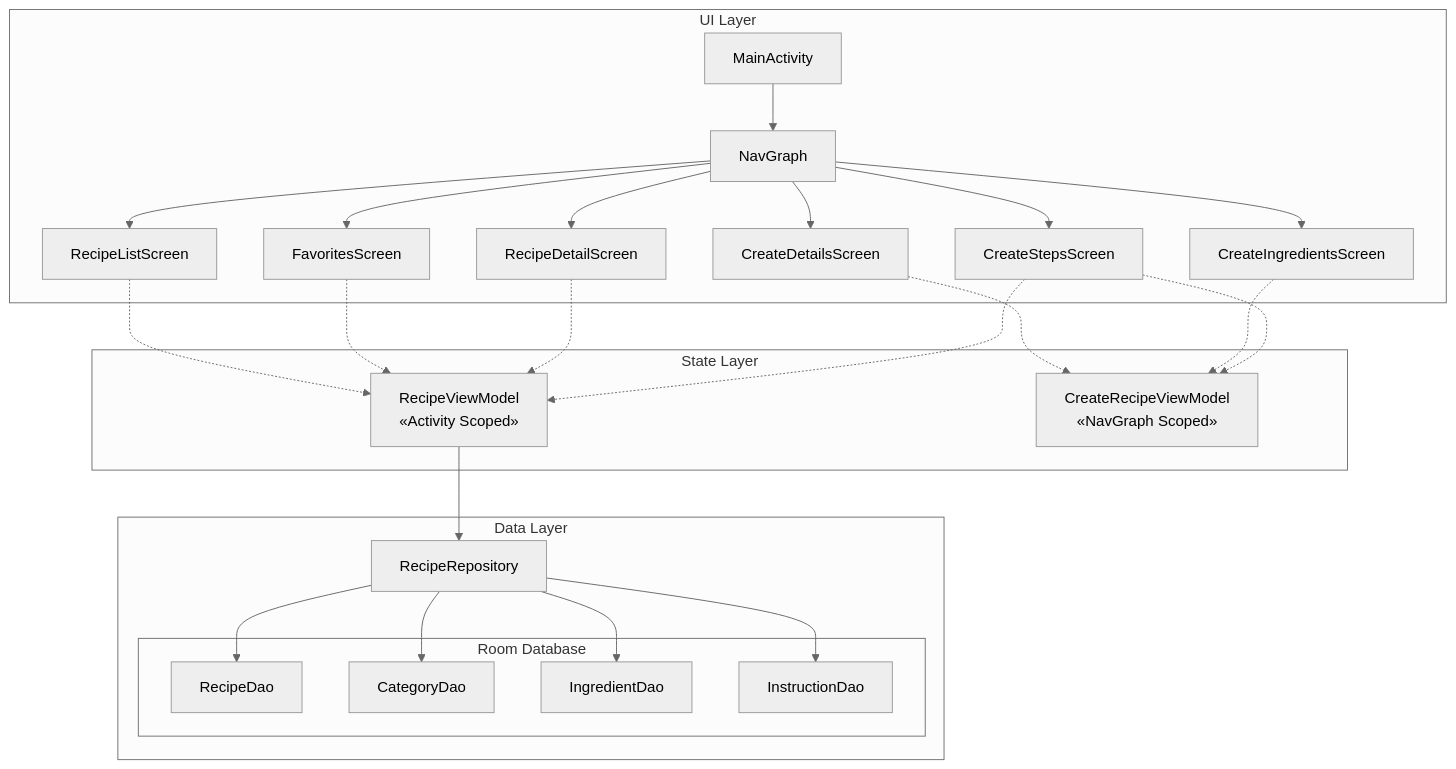
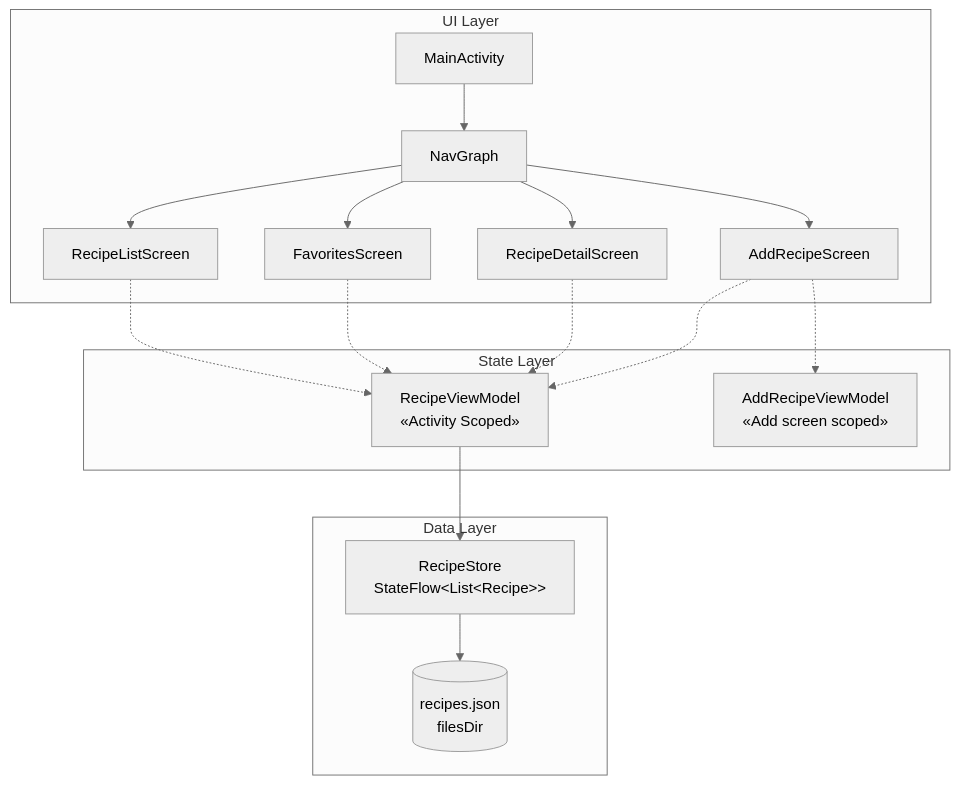
The first of 2 diagrams in README.md (sersergious/recipe-diary), drawn with Mermaid (neutral theme) before and after one commit. The commit also changed other lines of this file and 41 other files, not shown here.

Commit message:
upd: architecture simplification for a prototype

````diff
--- a/README.md
+++ b/README.md
@@ -7,52 +27,36 @@
 ```mermaid
 graph TD
     subgraph UI["UI Layer"]
         MainActivity
         NavGraph
         RecipeListScreen
         FavoritesScreen
         RecipeDetailScreen
-        CreateDetailsScreen
-        CreateIngredientsScreen
-        CreateStepsScreen
+        AddRecipeScreen
     end
 
     subgraph State["State Layer"]
         RecipeViewModel["RecipeViewModel<br/>«Activity Scoped»"]
-        CreateRecipeViewModel["CreateRecipeViewModel<br/>«NavGraph Scoped»"]
+        AddRecipeViewModel["AddRecipeViewModel<br/>«Add screen scoped»"]
     end
 
     subgraph Data["Data Layer"]
-        RecipeRepository
-        subgraph Room["Room Database"]
-            RecipeDao
-            CategoryDao
-            IngredientDao
-            InstructionDao
-        end
+        RecipeStore["RecipeStore<br/>StateFlow&lt;List&lt;Recipe&gt;&gt;"]
+        Json[("recipes.json<br/>filesDir")]
     end
 
     MainActivity --> NavGraph
     NavGraph --> RecipeListScreen
     NavGraph --> FavoritesScreen
     NavGraph --> RecipeDetailScreen
-    NavGraph --> CreateDetailsScreen
-    NavGraph --> CreateIngredientsScreen
-    NavGraph --> CreateStepsScreen
+    NavGraph --> AddRecipeScreen
 
     RecipeListScreen -.-> RecipeViewModel
     FavoritesScreen -.-> RecipeViewModel
     RecipeDetailScreen -.-> RecipeViewModel
-    CreateStepsScreen -.-> RecipeViewModel
+    AddRecipeScreen -.-> RecipeViewModel
+    AddRecipeScreen -.-> AddRecipeViewModel
 
-    CreateDetailsScreen -.-> CreateRecipeViewModel
-    CreateIngredientsScreen -.-> CreateRecipeViewModel
-    CreateStepsScreen -.-> CreateRecipeViewModel
-
-    RecipeViewModel --> RecipeRepository
-
-    RecipeRepository --> RecipeDao
-    RecipeRepository --> CategoryDao
-    RecipeRepository --> IngredientDao
-    RecipeRepository --> InstructionDao
+    RecipeViewModel --> RecipeStore
+    RecipeStore --> Json
 ```
````
